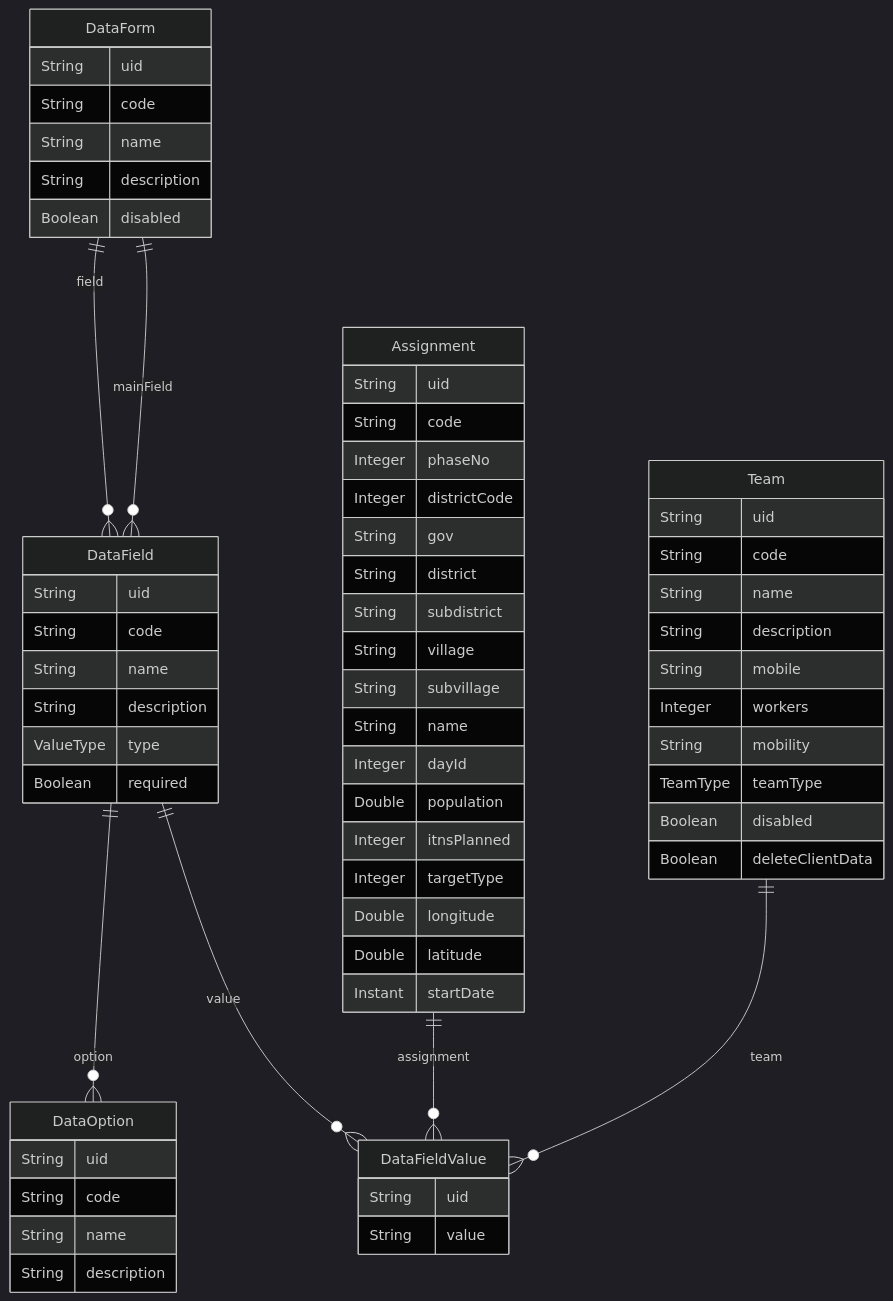
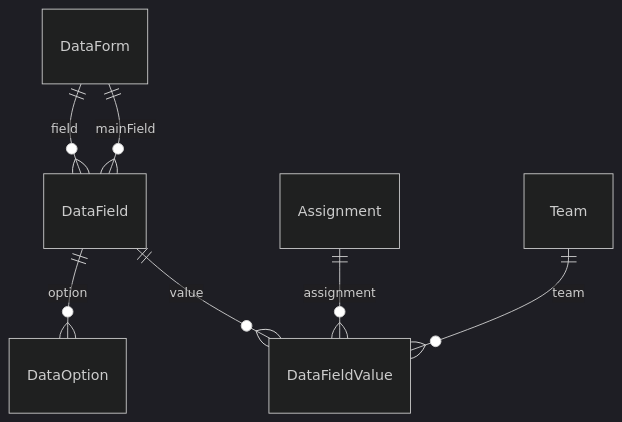
One commit to MassPro-NMCPYE/data-run-docs changed the fourth of 5 diagrams in docs/index.md. Above: the diagram before and after it, drawn with Mermaid (dark theme). The commit also changed other lines of this file, not shown here.

````diff
--- a/docs/index.md
+++ b/docs/index.md
@@ -361,71 +227,9 @@
 ```mermaid
 erDiagram
   DataForm ||--o{ DataField : "field"
   DataForm ||--o{ DataField : "mainField"
   DataField ||--o{ DataOption : "option"
   DataField ||--o{ DataFieldValue : "value"
   Assignment ||--o{ DataFieldValue : "assignment"
   Team ||--o{ DataFieldValue : "team"
-
-  Assignment {
-      String uid
-      String code
-      Integer phaseNo
-      Integer districtCode
-      String gov
-      String district
-      String subdistrict
-      String village
-      String subvillage
-      String name
-      Integer dayId
-      Double population
-      Integer itnsPlanned
-      Integer targetType
-      Double longitude
-      Double latitude
-      Instant startDate
-  }
-
-  Team {
-      String uid
-      String code
-      String name
-      String description
-      String mobile
-      Integer workers
-      String mobility
-      TeamType teamType
-      Boolean disabled
-      Boolean deleteClientData
-  }
-
-  DataForm {
-      String uid
-      String code
-      String name
-      String description
-      Boolean disabled
-  }
-
-  DataField {
-      String uid
-      String code
-      String name
-      String description
-      ValueType type
-      Boolean required
-  }
-
-  DataOption {
-      String uid
-      String code
-      String name
-      String description
-  }
-
-  DataFieldValue {
-      String uid
-      String value
-  }
 ```
````
